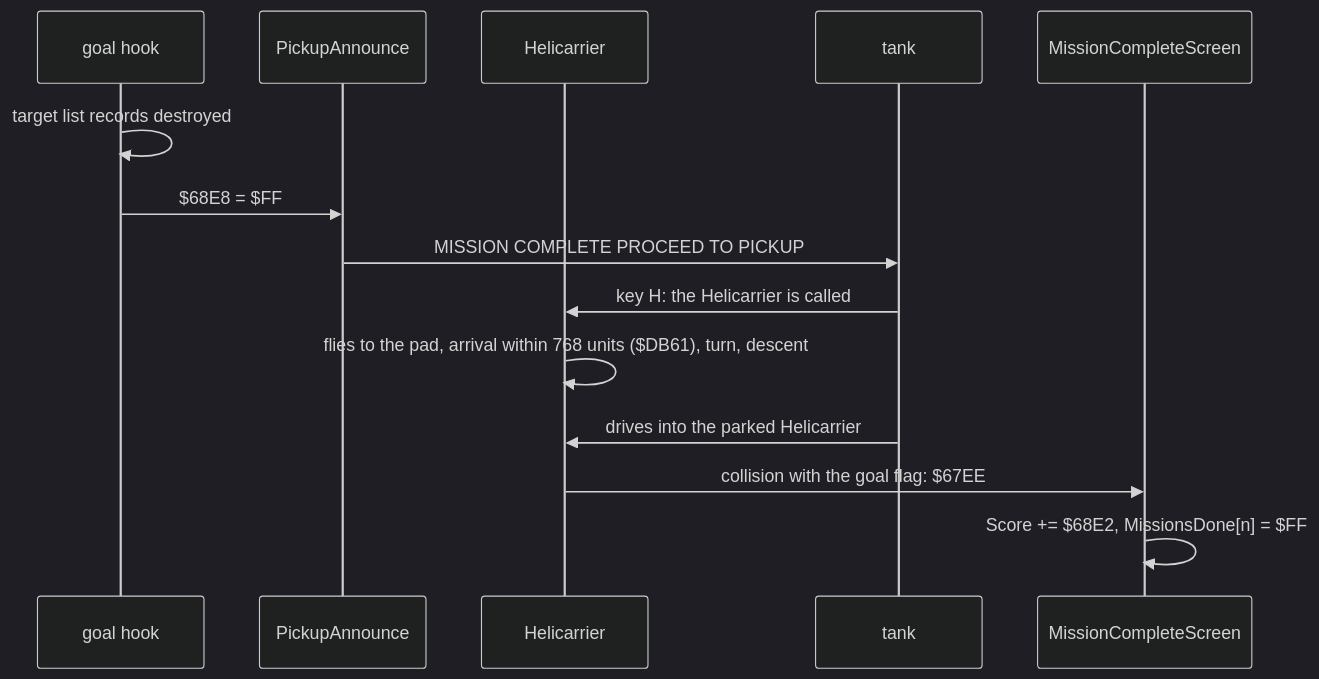
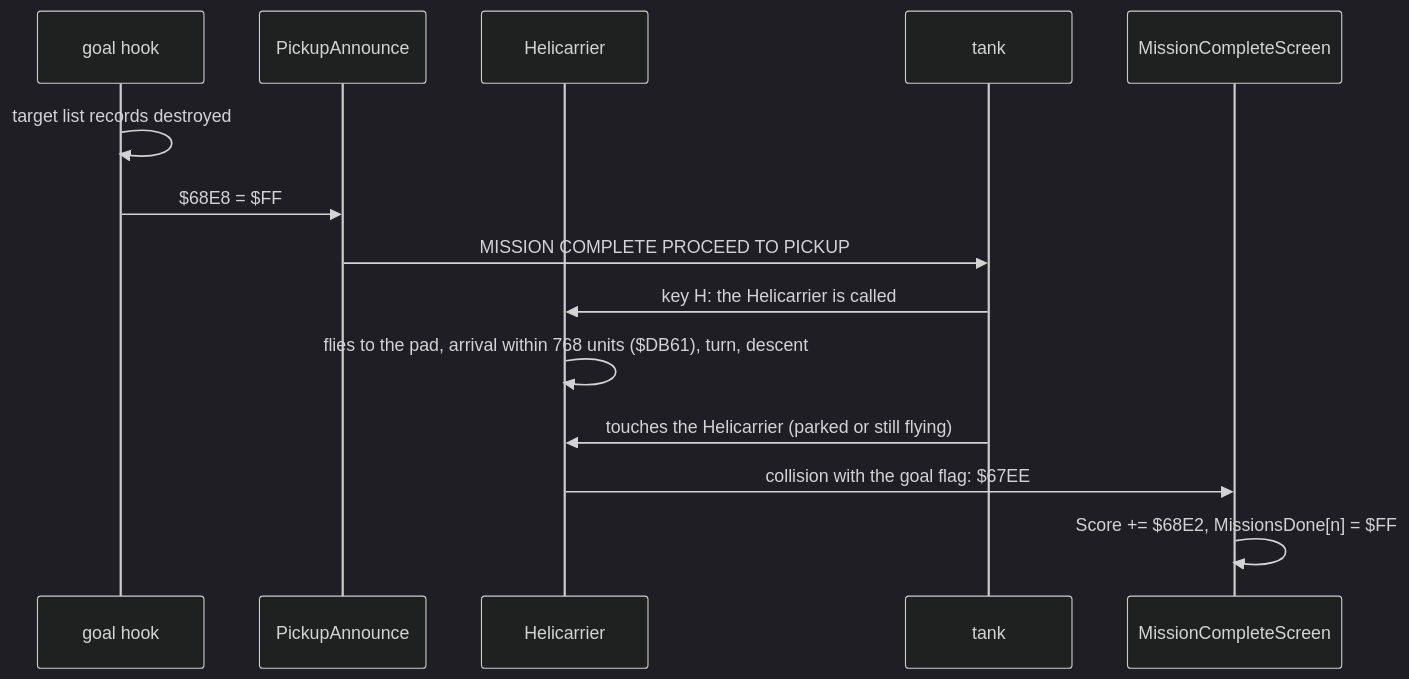
Before and after one commit to alfishe/unrealng-reverse-cases: diagram 15 of 19 in games/battle-command/docs/10-gameplay-logic.md, drawn with Mermaid (dark theme). The commit also changed other lines of this file and 75 other files, not shown here.

````diff
--- a/games/battle-command/docs/10-gameplay-logic.md
+++ b/games/battle-command/docs/10-gameplay-logic.md
@@ -735,16 +1643,16 @@
 ```mermaid
 sequenceDiagram
   participant G as goal hook
   participant P as PickupAnnounce
   participant H as Helicarrier
   participant T as tank
   participant C as MissionCompleteScreen
   G->>G: target list records destroyed
   G->>P: $68E8 = $FF
   P->>T: MISSION COMPLETE PROCEED TO PICKUP
   T->>H: key H: the Helicarrier is called
   H->>H: flies to the pad, arrival within 768 units ($DB61), turn, descent
-  T->>H: drives into the parked Helicarrier
+  T->>H: touches the Helicarrier (parked or still flying)
   H->>C: collision with the goal flag: $67EE
   C->>C: Score += $68E2, MissionsDone[n] = $FF
 ```
````
